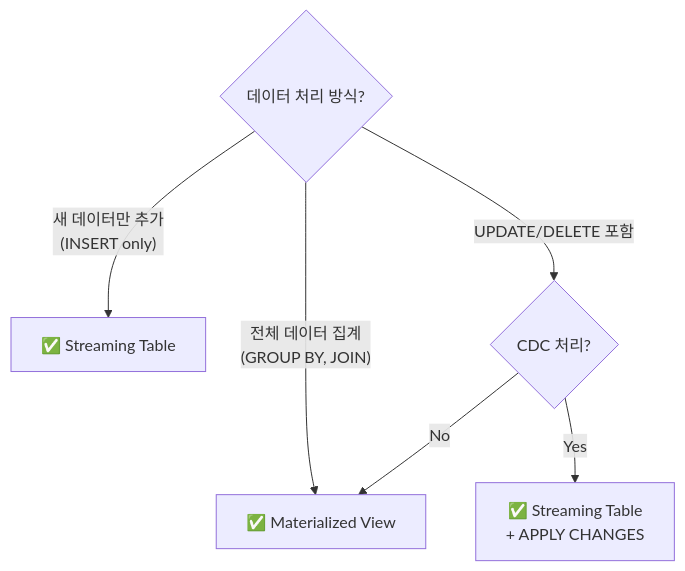
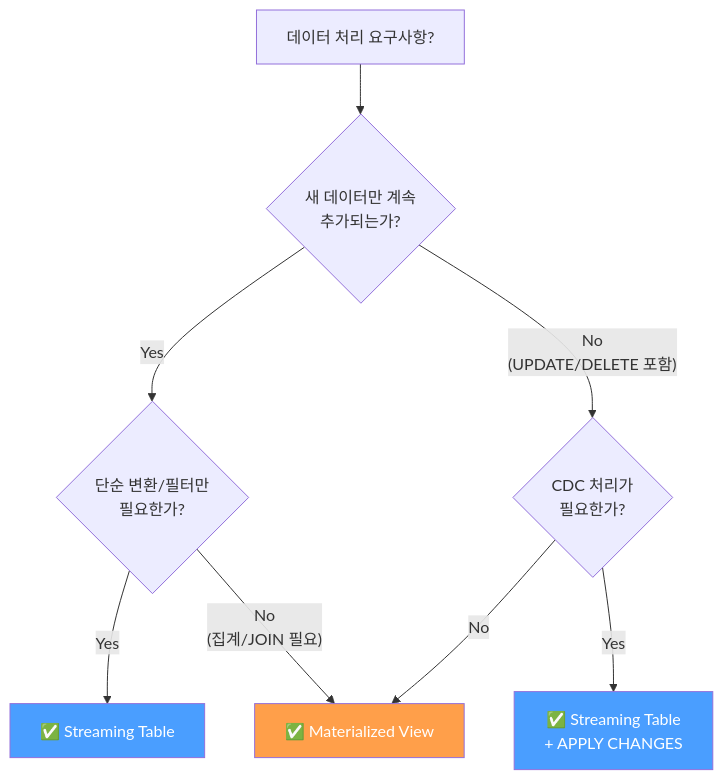
Before and after one commit to SimyungYang/simyung-dbx-training: the second of 3 diagrams in 05-data-engineering/spark-declarative-pipelines/streaming-tables-and-mvs.md, drawn with Mermaid. The commit also changed other lines of this file and 37 other files, not shown here.

````diff
--- a/05-data-engineering/spark-declarative-pipelines/streaming-tables-and-mvs.md
+++ b/05-data-engineering/spark-declarative-pipelines/streaming-tables-and-mvs.md
@@ -56,9 +176,16 @@
 ```mermaid
-graph TD
-    Q1{"데이터 처리 방식?"}
-    Q1 -->|"새 데이터만 추가<br/>(INSERT only)"| ST["✅ Streaming Table"]
-    Q1 -->|"전체 데이터 집계<br/>(GROUP BY, JOIN)"| MV["✅ Materialized View"]
-    Q1 -->|"UPDATE/DELETE 포함"| Q2{"CDC 처리?"}
-    Q2 -->|"Yes"| AC["✅ Streaming Table<br/>+ APPLY CHANGES"]
-    Q2 -->|"No"| MV
+flowchart TD
+    Start["데이터 처리 요구사항?"] --> Q1{"새 데이터만 계속<br/>추가되는가?"}
+    Q1 -->|"Yes"| Q2{"단순 변환/필터만<br/>필요한가?"}
+    Q1 -->|"No<br/>(UPDATE/DELETE 포함)"| Q3{"CDC 처리가<br/>필요한가?"}
+
+    Q2 -->|"Yes"| ST["✅ Streaming Table"]
+    Q2 -->|"No<br/>(집계/JOIN 필요)"| MV["✅ Materialized View"]
+
+    Q3 -->|"Yes"| STCDC["✅ Streaming Table<br/>+ APPLY CHANGES"]
+    Q3 -->|"No"| MV
+
+    style ST fill:#4a9eff,color:#fff
+    style MV fill:#ff9f4a,color:#fff
+    style STCDC fill:#4a9eff,color:#fff
 ```
````
